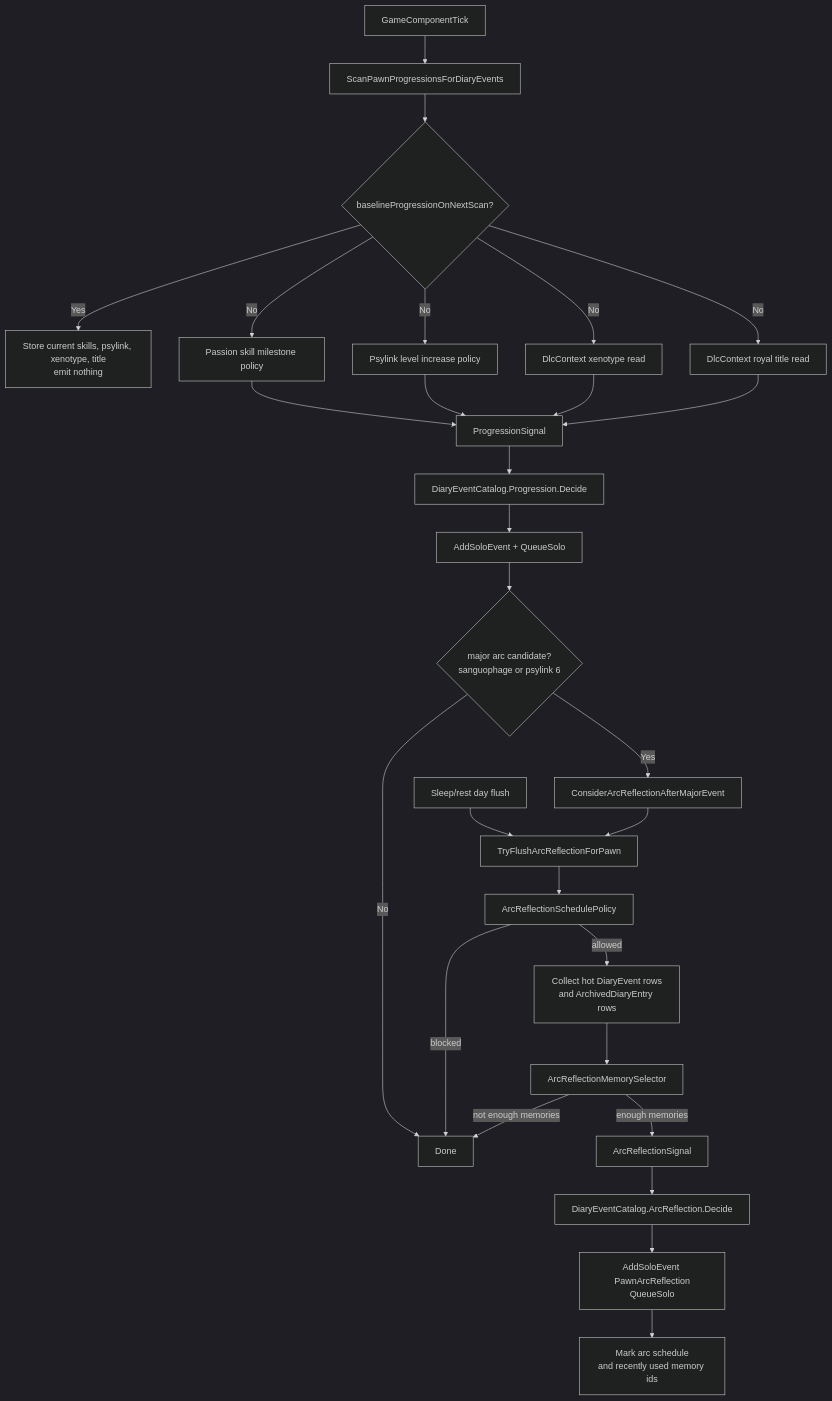
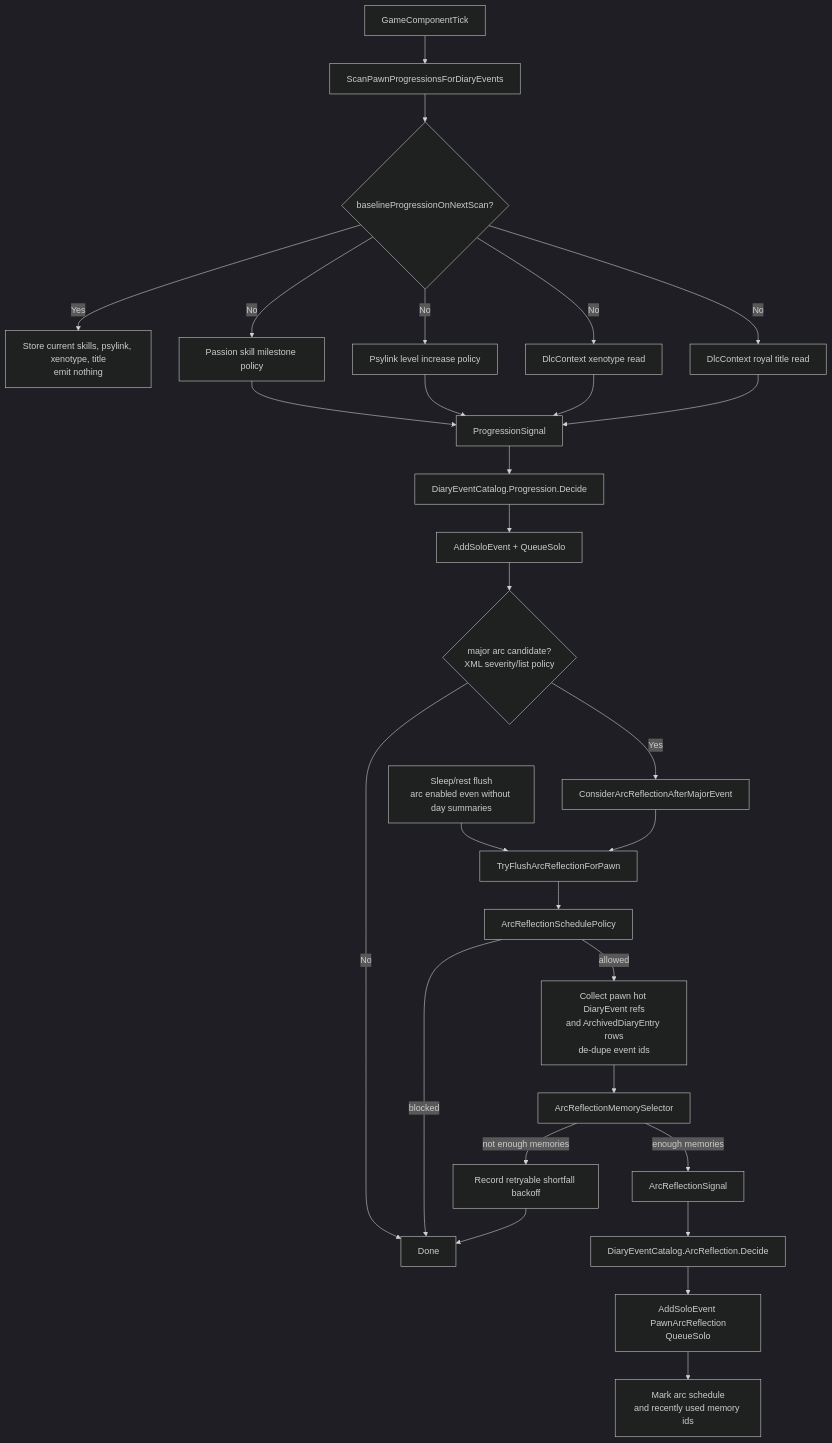
Before and after one commit to aimmlegate/PawnDiary: the first of 2 diagrams in PAWN_ARC_REFLECTION_IMPLEMENTATION.md, drawn with Mermaid (dark theme). The commit also changed other lines of this file and 19 other files, not shown here.

Commit message:
Harden pawn arc reflections

````diff
--- a/PAWN_ARC_REFLECTION_IMPLEMENTATION.md
+++ b/PAWN_ARC_REFLECTION_IMPLEMENTATION.md
@@ -32,33 +32,34 @@
 ```mermaid
 flowchart TD
     Tick["GameComponentTick"] --> Scan["ScanPawnProgressionsForDiaryEvents"]
     Scan --> Baseline{"baselineProgressionOnNextScan?"}
     Baseline -- Yes --> SaveBaseline["Store current skills, psylink, xenotype, title<br/>emit nothing"]
     Baseline -- No --> Skill["Passion skill milestone policy"]
     Baseline -- No --> Psy["Psylink level increase policy"]
     Baseline -- No --> Xeno["DlcContext xenotype read"]
     Baseline -- No --> Title["DlcContext royal title read"]
 
     Skill --> ProgSignal["ProgressionSignal"]
     Psy --> ProgSignal
     Xeno --> ProgSignal
     Title --> ProgSignal
 
     ProgSignal --> Catalog["DiaryEventCatalog.Progression.Decide"]
     Catalog --> NormalPage["AddSoloEvent + QueueSolo"]
-    NormalPage --> Major{"major arc candidate?<br/>sanguophage or psylink 6"}
+    NormalPage --> Major{"major arc candidate?<br/>XML severity/list policy"}
     Major -- Yes --> MajorArc["ConsiderArcReflectionAfterMajorEvent"]
     Major -- No --> Done["Done"]
 
-    Sleep["Sleep/rest day flush"] --> ArcAttempt["TryFlushArcReflectionForPawn"]
+    Sleep["Sleep/rest flush<br/>arc enabled even without day summaries"] --> ArcAttempt["TryFlushArcReflectionForPawn"]
     MajorArc --> ArcAttempt
     ArcAttempt --> Schedule["ArcReflectionSchedulePolicy"]
     Schedule -- blocked --> Done
-    Schedule -- allowed --> Collect["Collect hot DiaryEvent rows<br/>and ArchivedDiaryEntry rows"]
+    Schedule -- allowed --> Collect["Collect pawn hot DiaryEvent refs<br/>and ArchivedDiaryEntry rows<br/>de-dupe event ids"]
     Collect --> Select["ArcReflectionMemorySelector"]
-    Select -- not enough memories --> Done
+    Select -- not enough memories --> Backoff["Record retryable shortfall backoff"]
+    Backoff --> Done
     Select -- enough memories --> ArcSignal["ArcReflectionSignal"]
     ArcSignal --> ArcCatalog["DiaryEventCatalog.ArcReflection.Decide"]
     ArcCatalog --> ArcPage["AddSoloEvent PawnArcReflection<br/>QueueSolo"]
     ArcPage --> Mark["Mark arc schedule<br/>and recently used memory ids"]
 ```
````
